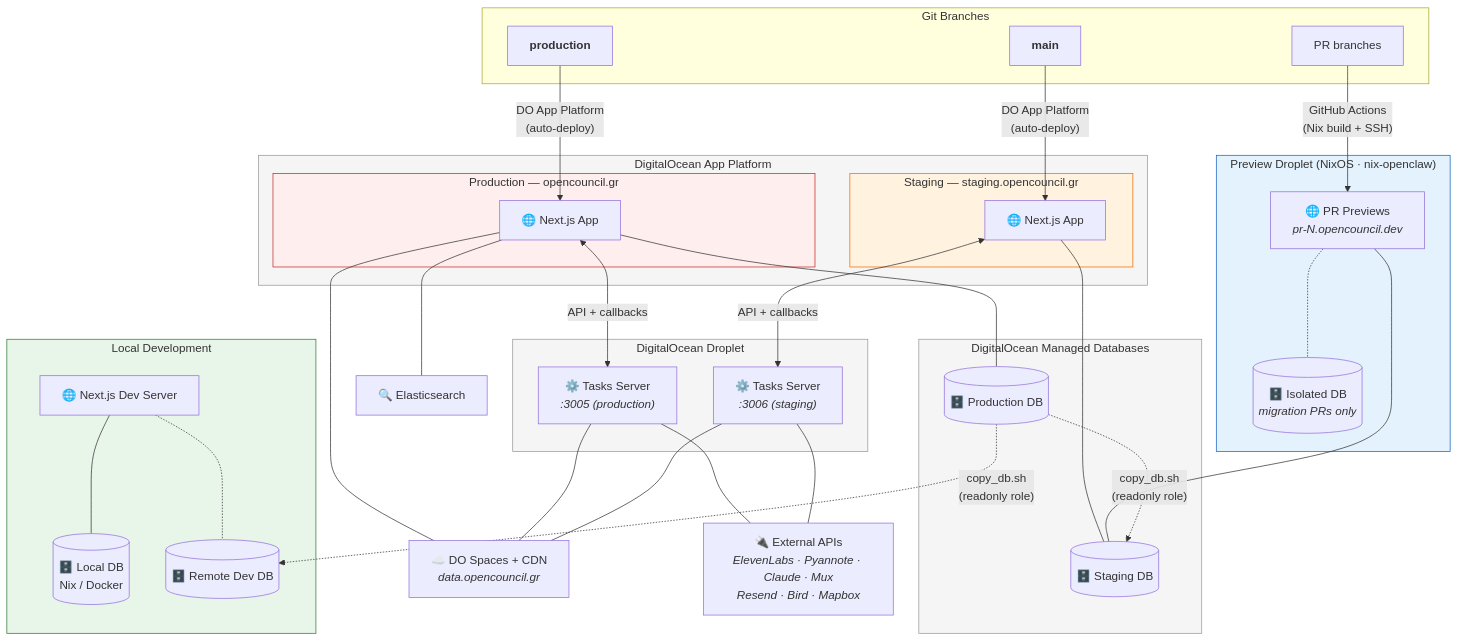
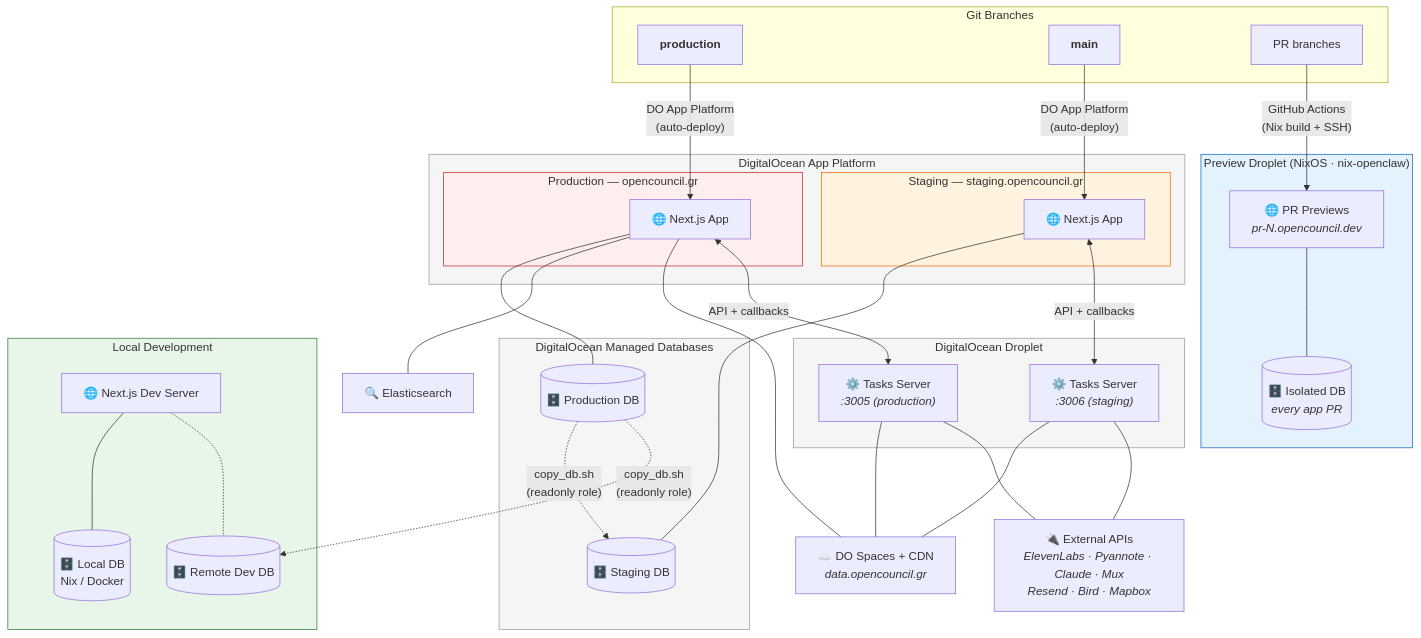
Before and after one commit to schemalabz/opencouncil: the diagram in docs/infrastructure.md, drawn with Mermaid. The commit also changed other lines of this file and 6 other files, not shown here.

Commit message:
feat(previews): seed isolated databases for every PR

````diff
--- a/docs/infrastructure.md
+++ b/docs/infrastructure.md
@@ -7,74 +7,73 @@
 ```mermaid
 graph TB
     subgraph branches ["Git Branches"]
         B_prod["<b>production</b>"]
         B_main["<b>main</b>"]
         B_pr["PR branches"]
     end
 
     subgraph do_app_platform ["DigitalOcean App Platform"]
         subgraph prod ["Production — opencouncil.gr"]
             app_prod["🌐 Next.js App"]
         end
         subgraph staging ["Staging — staging.opencouncil.gr"]
             app_staging["🌐 Next.js App"]
         end
     end
 
     subgraph do_droplet ["DigitalOcean Droplet"]
         tasks_prod["⚙️ Tasks Server<br/><i>:3005 (production)</i>"]
         tasks_staging["⚙️ Tasks Server<br/><i>:3006 (staging)</i>"]
     end
 
     subgraph do_managed_db ["DigitalOcean Managed Databases"]
         db_prod[("🗄️ Production DB")]
         db_staging[("🗄️ Staging DB")]
     end
 
     subgraph preview_droplet ["Preview Droplet (NixOS · nix-openclaw)"]
         app_preview["🌐 PR Previews<br/><i>pr-N.opencouncil.dev</i>"]
-        db_preview[("🗄️ Isolated DB<br/><i>migration PRs only</i>")]
+        db_preview[("🗄️ Isolated DB<br/><i>every app PR</i>")]
     end
 
     subgraph local ["Local Development"]
         app_local["🌐 Next.js Dev Server"]
         db_local[("🗄️ Local DB<br/>Nix / Docker")]
         db_dev[("🗄️ Remote Dev DB")]
     end
 
     es["🔍 Elasticsearch"]
     spaces["☁️ DO Spaces + CDN<br/><i>data.opencouncil.gr</i>"]
     external["🔌 External APIs<br/><i>ElevenLabs · Pyannote · Claude · Mux<br/>Resend · Bird · Mapbox</i>"]
 
     B_prod -->|"DO App Platform<br/>(auto-deploy)"| app_prod
     B_main -->|"DO App Platform<br/>(auto-deploy)"| app_staging
     B_pr -->|"GitHub Actions<br/>(Nix build + SSH)"| app_preview
 
     app_prod --- db_prod
     app_prod --- es
     app_prod --- spaces
     app_prod <-->|"API + callbacks"| tasks_prod
     tasks_prod --- spaces
     tasks_prod --- external
 
     app_staging --- db_staging
     app_staging <-->|"API + callbacks"| tasks_staging
     tasks_staging --- spaces
     tasks_staging --- external
-    app_preview --- db_staging
-    app_preview -.- db_preview
+    app_preview --- db_preview
 
     app_local --- db_local
     app_local -.- db_dev
 
     db_prod -. "copy_db.sh<br/>(readonly role)" .-> db_staging
     db_prod -. "copy_db.sh<br/>(readonly role)" .-> db_dev
 
     style do_app_platform fill:#f5f5f5,stroke:#999,color:#333
     style prod fill:#fee,stroke:#c62828,color:#333
     style staging fill:#fff3e0,stroke:#ef6c00,color:#333
     style do_droplet fill:#f5f5f5,stroke:#999,color:#333
     style do_managed_db fill:#f5f5f5,stroke:#999,color:#333
     style preview_droplet fill:#e3f2fd,stroke:#1565c0,color:#333
     style local fill:#e8f5e9,stroke:#2e7d32,color:#333
 ```
````
